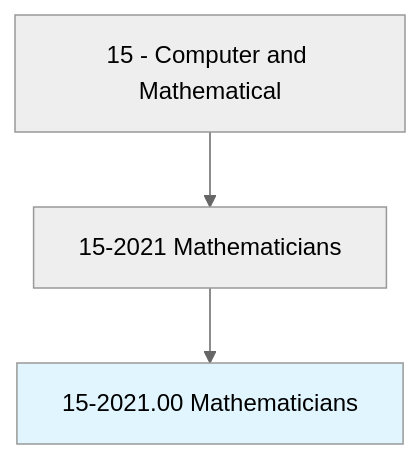
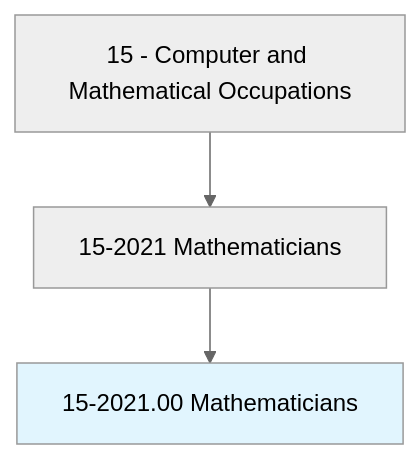
The first of 4 diagrams in occupations/Technology/Mathematicians.mdx (kziemski/business.org.ai), drawn with Mermaid (neutral theme) before and after one commit. The commit also changed other lines of this file and 938 other files, not shown here.

````diff
--- a/occupations/Technology/Mathematicians.mdx
+++ b/occupations/Technology/Mathematicians.mdx
@@ -19,6 +23,6 @@
 ```mermaid
 graph TD
-    Cat15["15 - Computer and Mathematical"] --> Group152021["15-2021 Mathematicians"]
+    Cat15["15 - Computer and Mathematical Occupations"] --> Group152021["15-2021 Mathematicians"]
     Group152021 --> Current["15-2021.00 Mathematicians"]
     style Current fill:#e1f5fe
 ```
````
